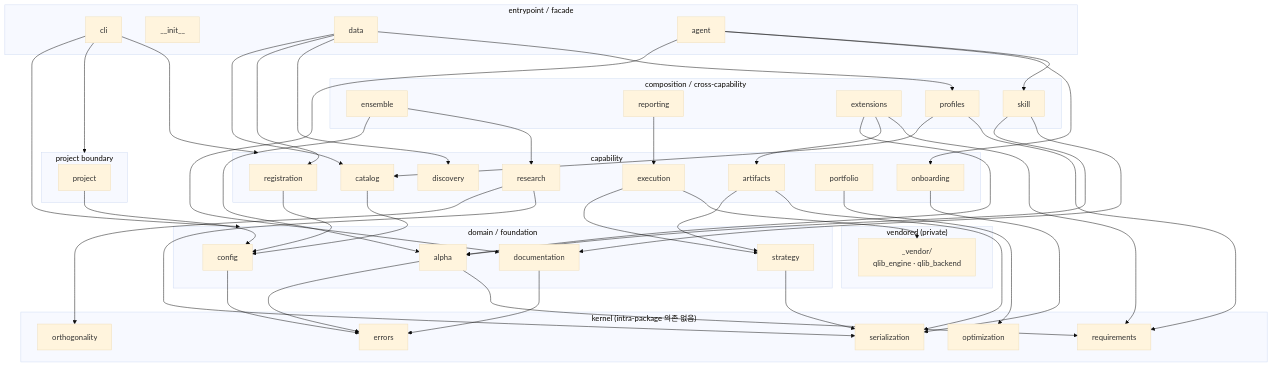
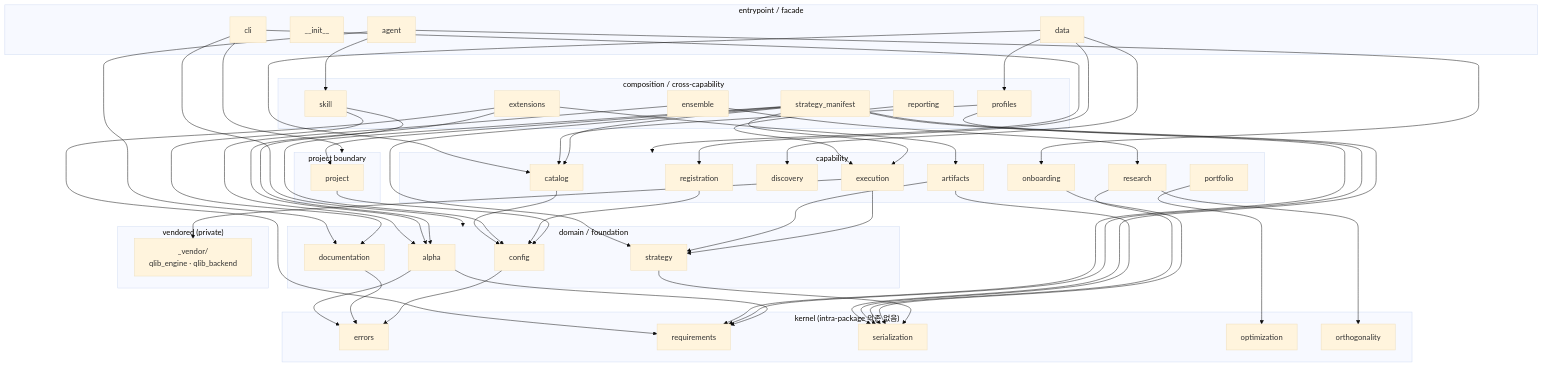
One commit to jaepil-choi/qlibx changed the second of 15 diagrams in docs/qlibx-architecture.md. Above: the diagram before and after it, drawn with Mermaid (base theme). The commit also changed other lines of this file and 22 other files, not shown here.

Commit message:
Add Strategy manifest and binding workflow

```diff
--- a/docs/qlibx-architecture.md
+++ b/docs/qlibx-architecture.md
@@ -97,6 +97,7 @@
         extensions["extensions"]
         skill["skill"]
         profiles["profiles"]
+        sm["strategy_manifest"]
     end
 
     subgraph L3["capability"]
@@ -156,6 +157,13 @@
     catalog --> config
     profiles --> catalog
     profiles --> requirements
+    sm --> catalog
+    sm --> config
+    sm --> execution
+    sm --> project
+    sm --> requirements
+    sm --> serialization
+    sm --> strategy
     registration --> config
     artifacts --> strategy
     artifacts --> serialization
```
